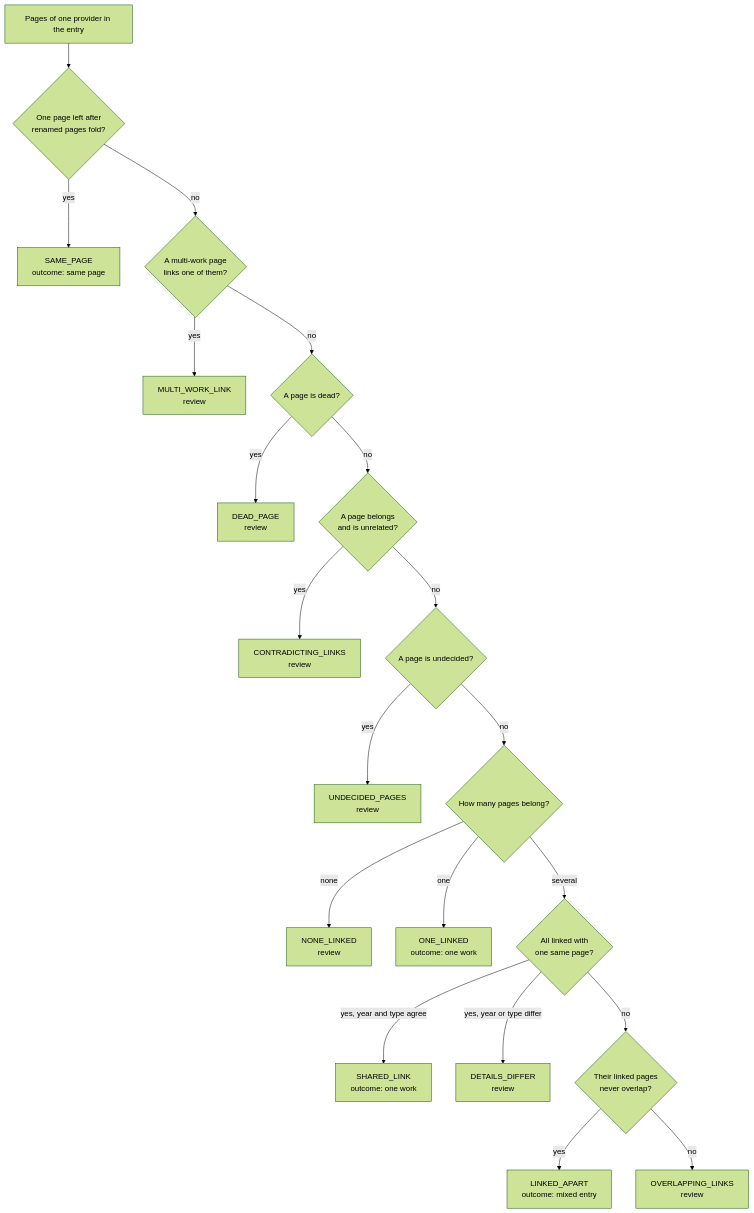
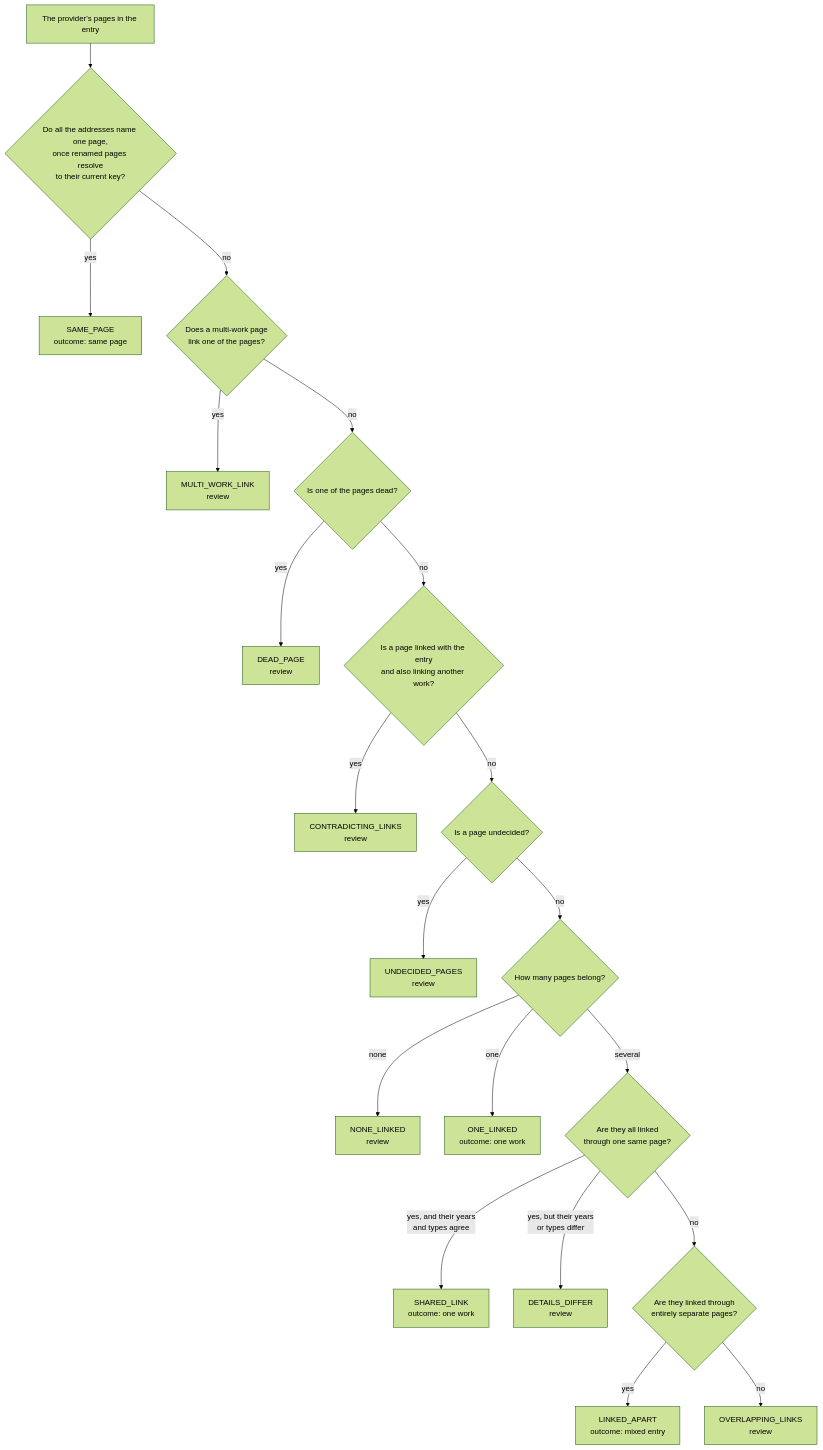
The second of 2 diagrams in libs/work_matching/README.md (adnanaq/echora), drawn with Mermaid (forest theme) before and after one commit. The commit also changed other lines of this file and 11 other files, not shown here.

````diff
--- a/libs/work_matching/README.md
+++ b/libs/work_matching/README.md
@@ -95,22 +103,22 @@
 ```mermaid
 flowchart TD
-    start[Pages of one provider in the entry] --> same{One page left after<br/>renamed pages fold?}
+    start[The provider's pages in the entry] --> same{Do all the addresses name one page,<br/>once renamed pages resolve<br/>to their current key?}
     same -- yes --> SAME_PAGE[SAME_PAGE<br/>outcome: same page]
-    same -- no --> multi{A multi-work page<br/>links one of them?}
+    same -- no --> multi{Does a multi-work page<br/>link one of the pages?}
     multi -- yes --> MULTI_WORK_LINK[MULTI_WORK_LINK<br/>review]
-    multi -- no --> dead{A page is dead?}
+    multi -- no --> dead{Is one of the pages dead?}
     dead -- yes --> DEAD_PAGE[DEAD_PAGE<br/>review]
-    dead -- no --> both{A page belongs<br/>and is unrelated?}
+    dead -- no --> both{Is a page linked with the entry<br/>and also linking another work?}
     both -- yes --> CONTRADICTING_LINKS[CONTRADICTING_LINKS<br/>review]
-    both -- no --> undecided{A page is undecided?}
+    both -- no --> undecided{Is a page undecided?}
     undecided -- yes --> UNDECIDED_PAGES[UNDECIDED_PAGES<br/>review]
     undecided -- no --> count{How many pages belong?}
     count -- none --> NONE_LINKED[NONE_LINKED<br/>review]
     count -- one --> ONE_LINKED[ONE_LINKED<br/>outcome: one work]
-    count -- several --> shared{All linked with<br/>one same page?}
-    shared -- "yes, year and type agree" --> SHARED_LINK[SHARED_LINK<br/>outcome: one work]
-    shared -- "yes, year or type differ" --> DETAILS_DIFFER[DETAILS_DIFFER<br/>review]
-    shared -- no --> apart{Their linked pages<br/>never overlap?}
+    count -- several --> shared{Are they all linked<br/>through one same page?}
+    shared -- "yes, and their years<br/>and types agree" --> SHARED_LINK[SHARED_LINK<br/>outcome: one work]
+    shared -- "yes, but their years<br/>or types differ" --> DETAILS_DIFFER[DETAILS_DIFFER<br/>review]
+    shared -- no --> apart{Are they linked through<br/>entirely separate pages?}
     apart -- yes --> LINKED_APART[LINKED_APART<br/>outcome: mixed entry]
     apart -- no --> OVERLAPPING_LINKS[OVERLAPPING_LINKS<br/>review]
 ```
````
